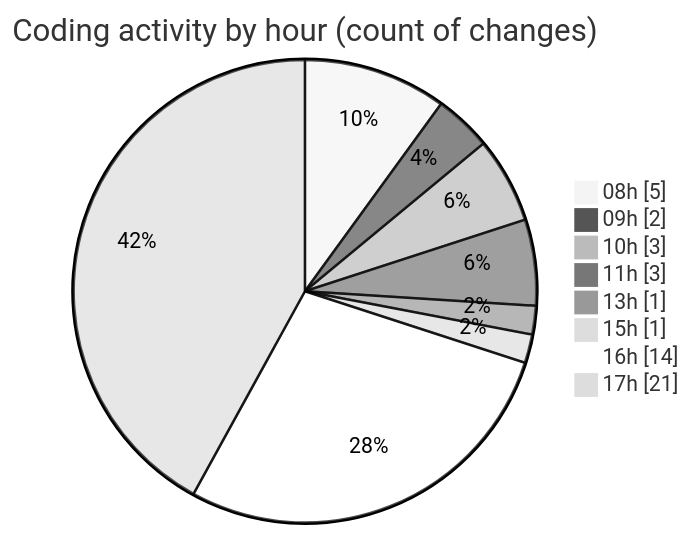
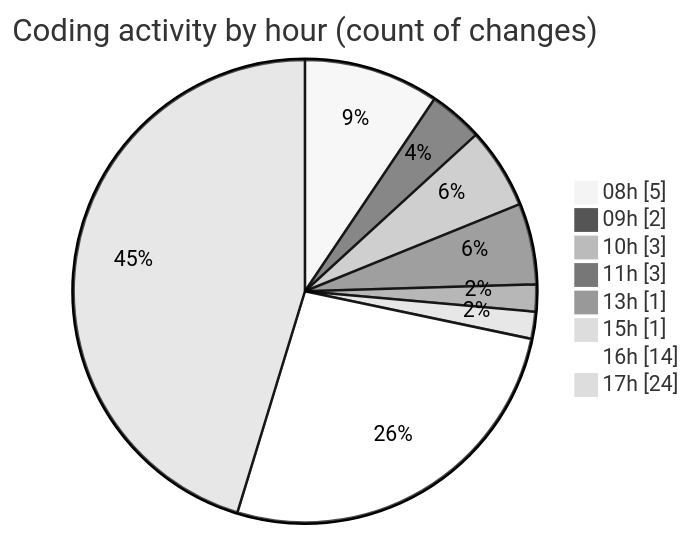
The second of 2 diagrams in 2025-10-27/eventscop-frontend-guide__workspace_/README.md (julien-gomy/code-tracking), drawn with Mermaid (neutral theme) before and after one commit. The commit also changed other lines of this file and 1 other file, not shown here.

````diff
--- a/2025-10-27/eventscop-frontend-guide__workspace_/README.md
+++ b/2025-10-27/eventscop-frontend-guide__workspace_/README.md
@@ -42,12 +42,12 @@
 ```mermaid
 pie showData
 title Coding activity by hour (count of changes)
 "08h" : 5
 "09h" : 2
 "10h" : 3
 "11h" : 3
 "13h" : 1
 "15h" : 1
 "16h" : 14
-"17h" : 21
+"17h" : 24
 ```
````
